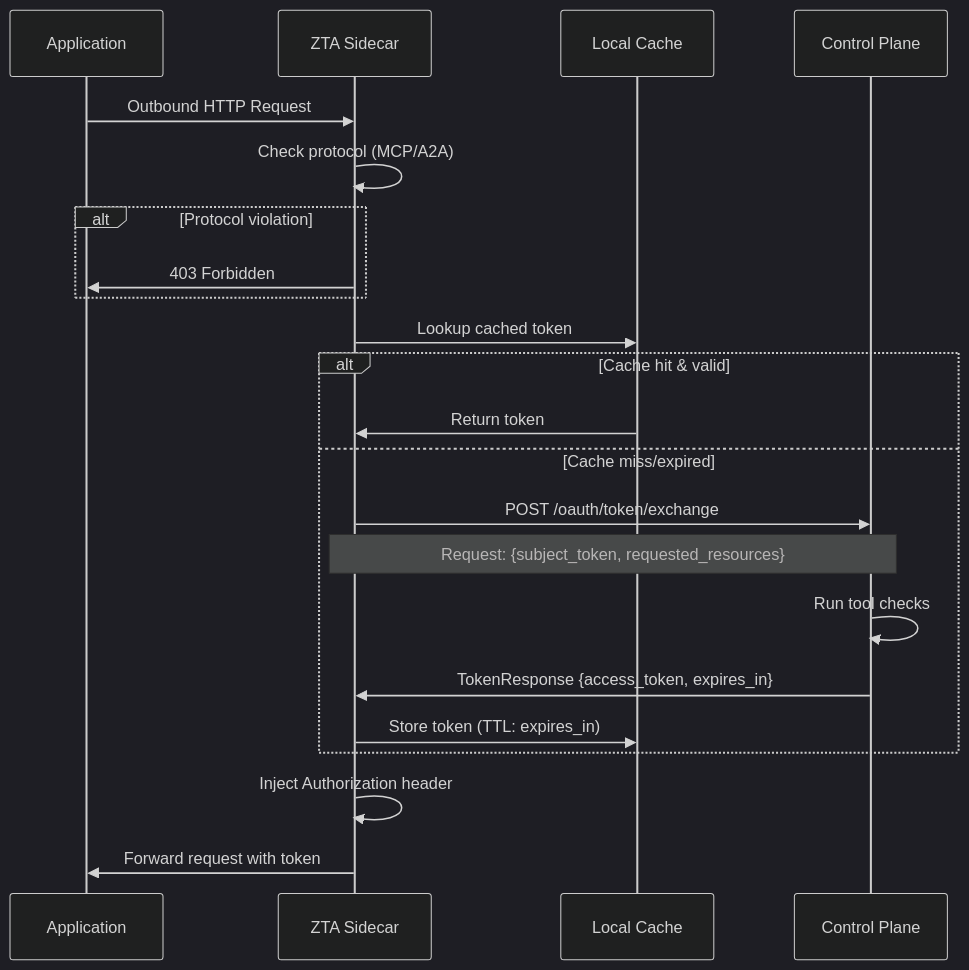
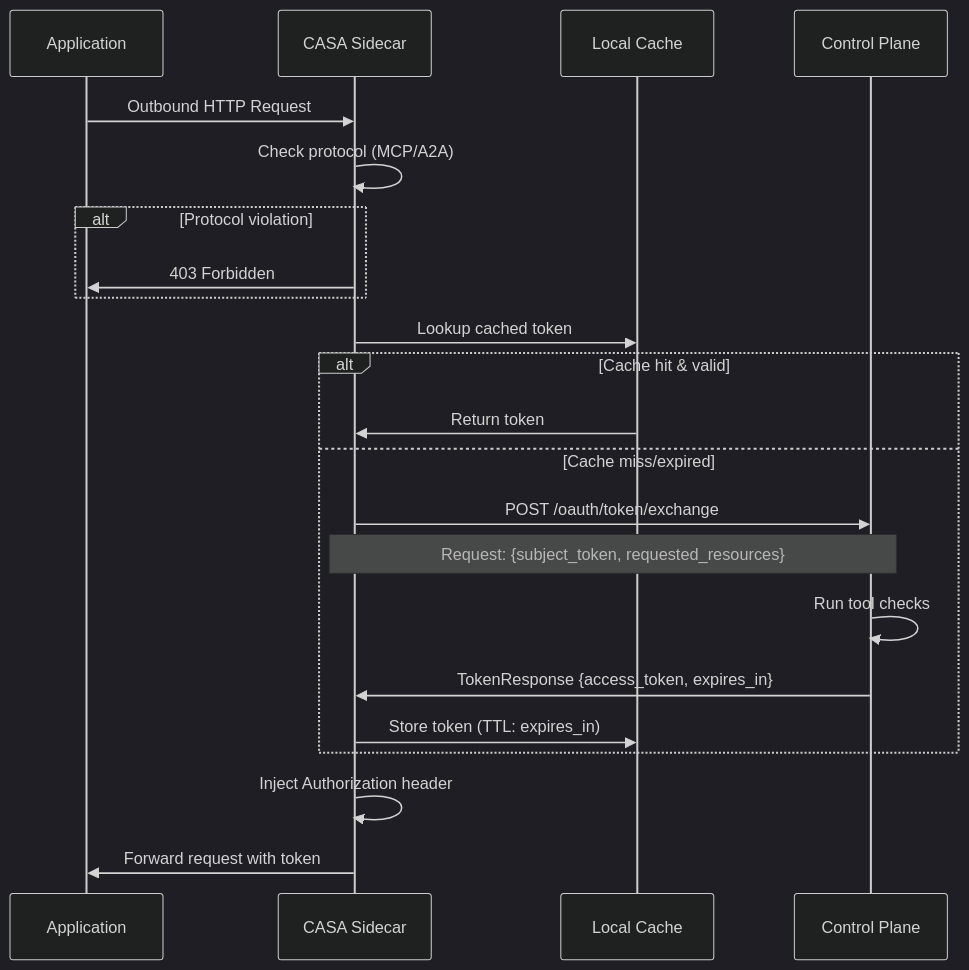
One commit to outshift-open/CASA changed the sixth of 16 diagrams in contrib/wip/it1/SPECS.md. Above: the diagram before and after it, drawn with Mermaid (dark theme). The commit also changed other lines of this file and 294 other files, not shown here.

Commit message:
feat: Rename from ZTA to CASA

````diff
--- a/contrib/wip/it1/SPECS.md
+++ b/contrib/wip/it1/SPECS.md
@@ -943,29 +943,29 @@
 ```mermaid
 sequenceDiagram
     participant APP as Application
-    participant SIDECAR as ZTA Sidecar
+    participant SIDECAR as CASA Sidecar
     participant CACHE as Local Cache
     participant CTRL as Control Plane
 
     APP->>SIDECAR: Outbound HTTP Request
     SIDECAR->>SIDECAR: Check protocol (MCP/A2A)
 
     alt Protocol violation
         SIDECAR->>APP: 403 Forbidden
     end
 
     SIDECAR->>CACHE: Lookup cached token
 
     alt Cache hit & valid
         CACHE->>SIDECAR: Return token
     else Cache miss/expired
         SIDECAR->>CTRL: POST /oauth/token/exchange
         Note over SIDECAR,CTRL: Request: {subject_token, requested_resources}
         CTRL->>CTRL: Run tool checks
         CTRL->>SIDECAR: TokenResponse {access_token, expires_in}
         SIDECAR->>CACHE: Store token (TTL: expires_in)
     end
 
     SIDECAR->>SIDECAR: Inject Authorization header
     SIDECAR->>APP: Forward request with token
 ```
````
